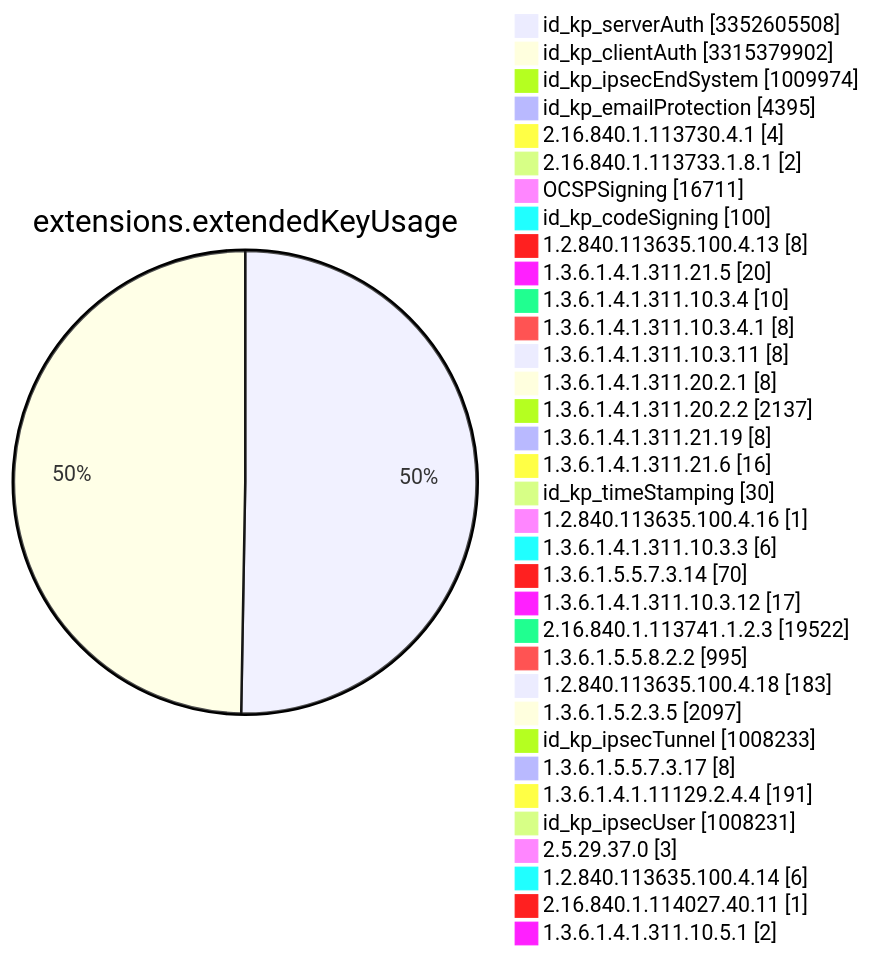
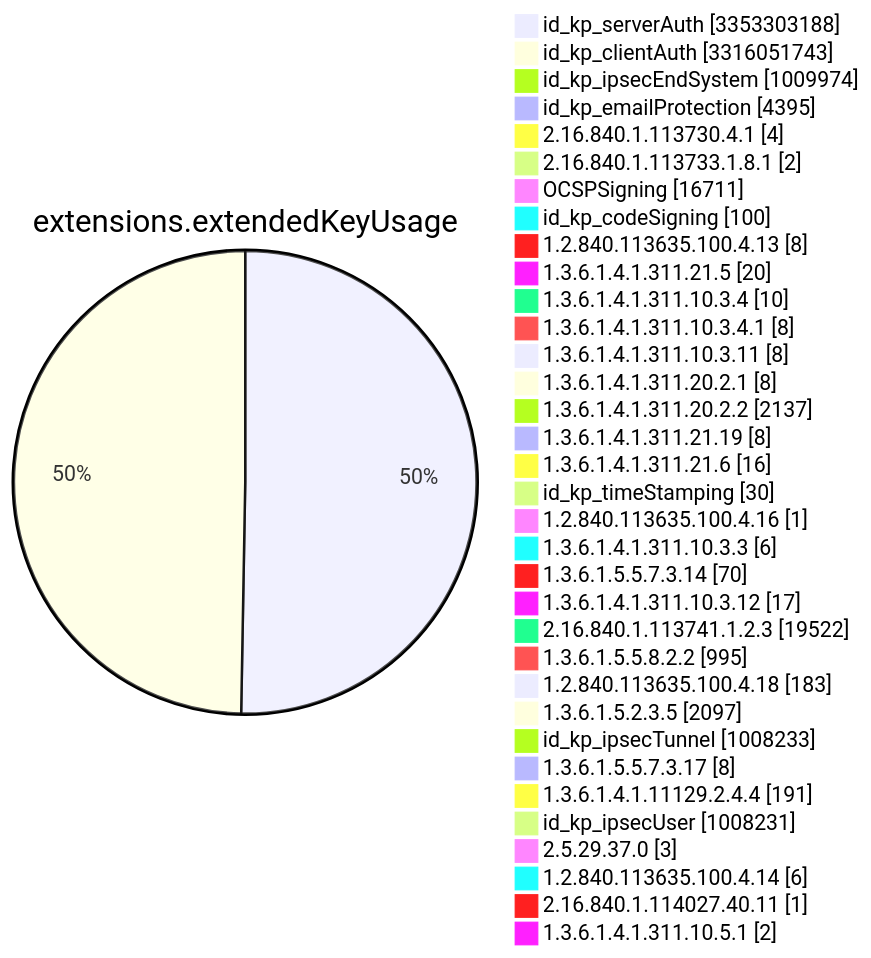
Before and after one commit to christiankrug/ctmonitor_visualization: diagram 11 of 15 in TOTAL/README.md, drawn with Mermaid. The commit also changed other lines of this file, not shown here.

````diff
--- a/TOTAL/README.md
+++ b/TOTAL/README.md
@@ -4120,38 +4120,38 @@
 ```mermaid
 pie showData
 title extensions.extendedKeyUsage
-"id_kp_serverAuth" :3352605508
-"id_kp_clientAuth" :3315379902
+"id_kp_serverAuth" :3353303188
+"id_kp_clientAuth" :3316051743
 "id_kp_ipsecEndSystem" :1009974
 "id_kp_emailProtection" :4395
 "2.16.840.1.113730.4.1" :4
 "2.16.840.1.113733.1.8.1" :2
 "OCSPSigning" :16711
 "id_kp_codeSigning" :100
 "1.2.840.113635.100.4.13" :8
 "1.3.6.1.4.1.311.21.5" :20
 "1.3.6.1.4.1.311.10.3.4" :10
 "1.3.6.1.4.1.311.10.3.4.1" :8
 "1.3.6.1.4.1.311.10.3.11" :8
 "1.3.6.1.4.1.311.20.2.1" :8
 "1.3.6.1.4.1.311.20.2.2" :2137
 "1.3.6.1.4.1.311.21.19" :8
 "1.3.6.1.4.1.311.21.6" :16
 "id_kp_timeStamping" :30
 "1.2.840.113635.100.4.16" :1
 "1.3.6.1.4.1.311.10.3.3" :6
 "1.3.6.1.5.5.7.3.14" :70
 "1.3.6.1.4.1.311.10.3.12" :17
 "2.16.840.1.113741.1.2.3" :19522
 "1.3.6.1.5.5.8.2.2" :995
 "1.2.840.113635.100.4.18" :183
 "1.3.6.1.5.2.3.5" :2097
 "id_kp_ipsecTunnel" :1008233
 "1.3.6.1.5.5.7.3.17" :8
 "1.3.6.1.4.1.11129.2.4.4" :191
 "id_kp_ipsecUser" :1008231
 "2.5.29.37.0" :3
 "1.2.840.113635.100.4.14" :6
 "2.16.840.1.114027.40.11" :1
 "1.3.6.1.4.1.311.10.5.1" :2
 ```
````
